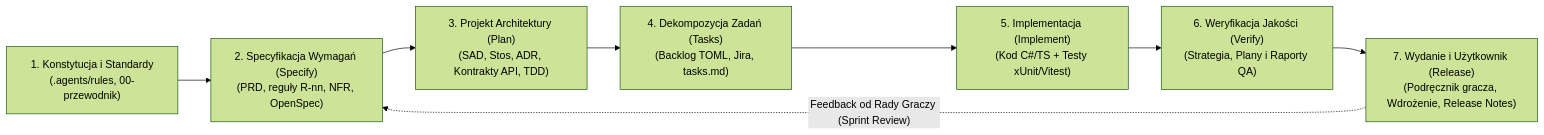
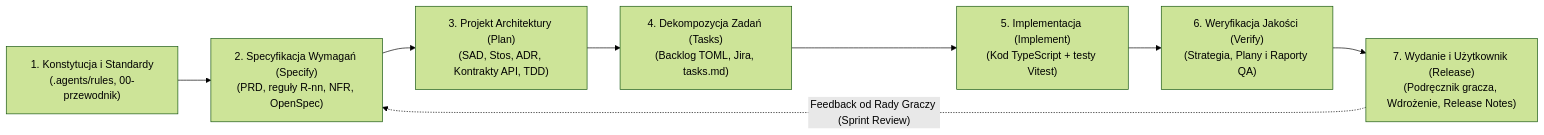
One commit to lMamacl/Rejoltance changed the diagram in .artifacts/confluence-export/00-przewodnik-i-setup/02-architektura-dokumentacji-sdd.md. Above: the diagram before and after it, drawn with Mermaid (forest theme). The commit also changed other lines of this file and 85 other files, not shown here.

````diff
--- a/.artifacts/confluence-export/00-przewodnik-i-setup/02-architektura-dokumentacji-sdd.md
+++ b/.artifacts/confluence-export/00-przewodnik-i-setup/02-architektura-dokumentacji-sdd.md
@@ -25,10 +25,10 @@
 ```mermaid
 flowchart LR
   C["1. Konstytucja i Standardy<br/>(.agents/rules, 00-przewodnik)"] --> S["2. Specyfikacja Wymagań (Specify)<br/>(PRD, reguły R-nn, NFR, OpenSpec)"]
   S --> P["3. Projekt Architektury (Plan)<br/>(SAD, Stos, ADR, Kontrakty API, TDD)"]
   P --> T["4. Dekompozycja Zadań (Tasks)<br/>(Backlog TOML, Jira, tasks.md)"]
-  T --> I["5. Implementacja (Implement)<br/>(Kod C#/TS + Testy xUnit/Vitest)"]
+  T --> I["5. Implementacja (Implement)<br/>(Kod TypeScript + testy Vitest)"]
   I --> V["6. Weryfikacja Jakości (Verify)<br/>(Strategia, Plany i Raporty QA)"]
   V --> R["7. Wydanie i Użytkownik (Release)<br/>(Podręcznik gracza, Wdrożenie, Release Notes)"]
   R -. "Feedback od Rady Graczy (Sprint Review)" .-> S
 ```
````
